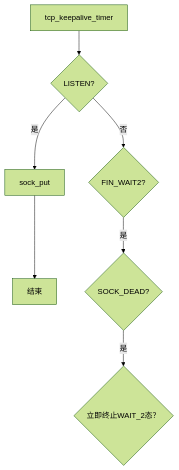
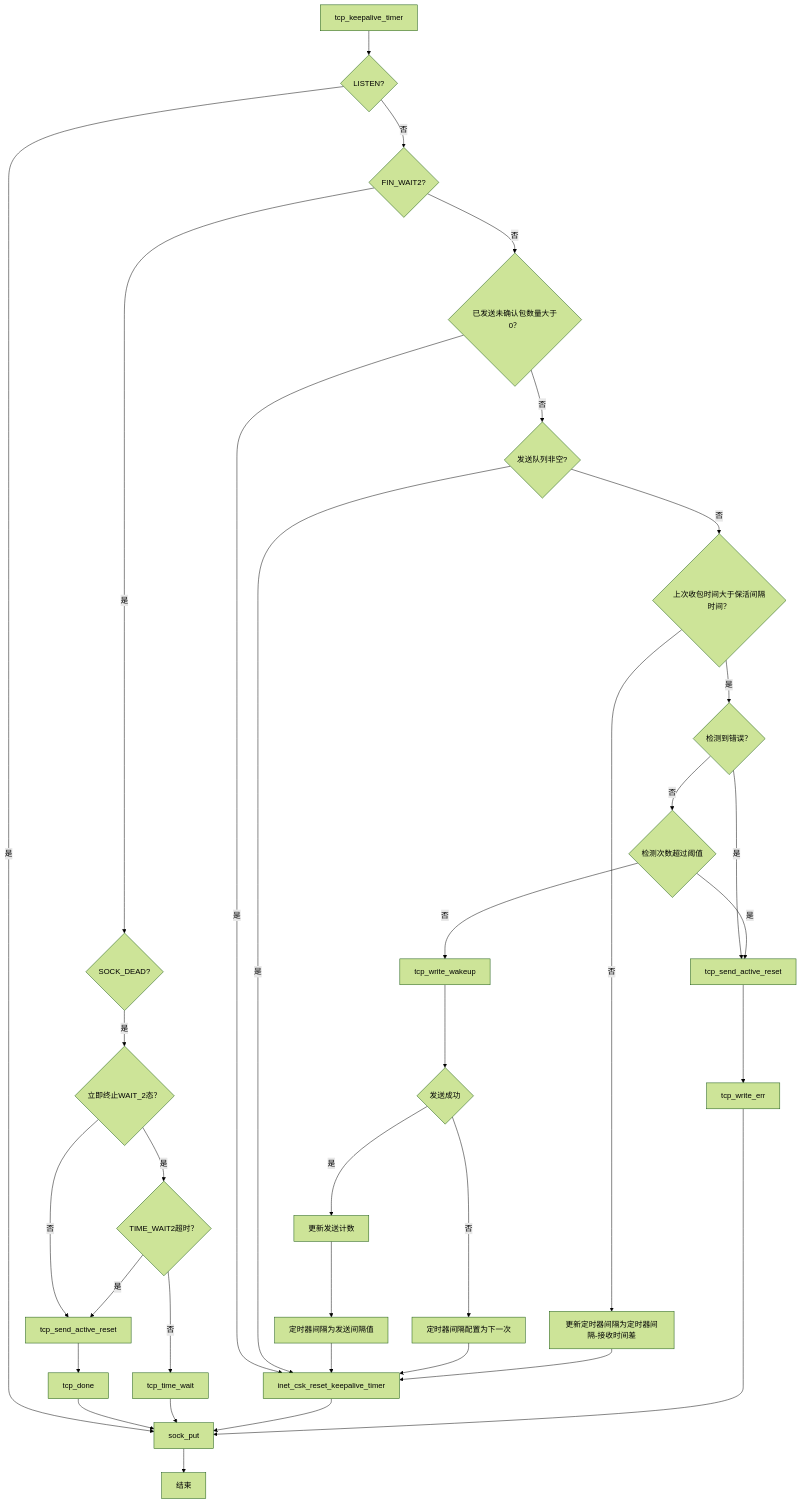
Before and after one commit to akai100/job_seek: the second of 2 diagrams in 操作系统/Linux/TCP-保活.md, drawn with Mermaid (forest theme).

````diff
--- a/操作系统/Linux/TCP-保活.md
+++ b/操作系统/Linux/TCP-保活.md
@@ -29,17 +29,62 @@
 ```mermaid
 graph TD
     A[tcp_keepalive_timer]
     B[sock_put]
     C[结束]
     D{LISTEN?}
     E{FIN_WAIT2?}
     F{SOCK_DEAD?}
     G{立即终止WAIT_2态？}
+    H[tcp_send_active_reset]
+    I{TIME_WAIT2超时？}
+    J[tcp_done]
+    K[tcp_time_wait]
+    L{已发送未确认包数量大于0？}
+    M[inet_csk_reset_keepalive_timer]
+    N{发送队列非空?}
+    O{上次收包时间大于保活间隔时间？}
+    P{检测到错误？}
+    Q[tcp_send_active_reset]
+    R[tcp_write_err]
+    S{检测次数超过阈值}
+    T[tcp_write_wakeup]
+    U{发送成功}
+    V[更新发送计数]
+    W[定时器间隔为发送间隔值]
+    X[定时器间隔配置为下一次]
+    Y[更新定时器间隔为定时器间隔-接收时间差]
     A --> D
     D -->|是| B
     B --> C
     D -->|否|E
     E -->|是|F
     F -->|是|G
-
+    G -->|是|I
+    G -->|否|H
+    I -->|是| H
+    H --> J
+    J --> B
+    I -->|否|K
+    K --> B
+    E -->|否|L
+    L -->|是|M
+    M --> B
+    L -->|否|N
+    N -->|是|M
+    N -->|否|O
+    O -->|是|P
+    O -->|否|Y
+    P -->|是|Q
+    Q --> R
+    R --> B
+    P -->|否| S
+    S -->|是| Q
+    S -->|否|T
+    T --> U
+    U -->|是|V
+    V --> W
+    W --> M
+    U -->|否|X
+    X --> M
+    Y --> M
 ```
````
